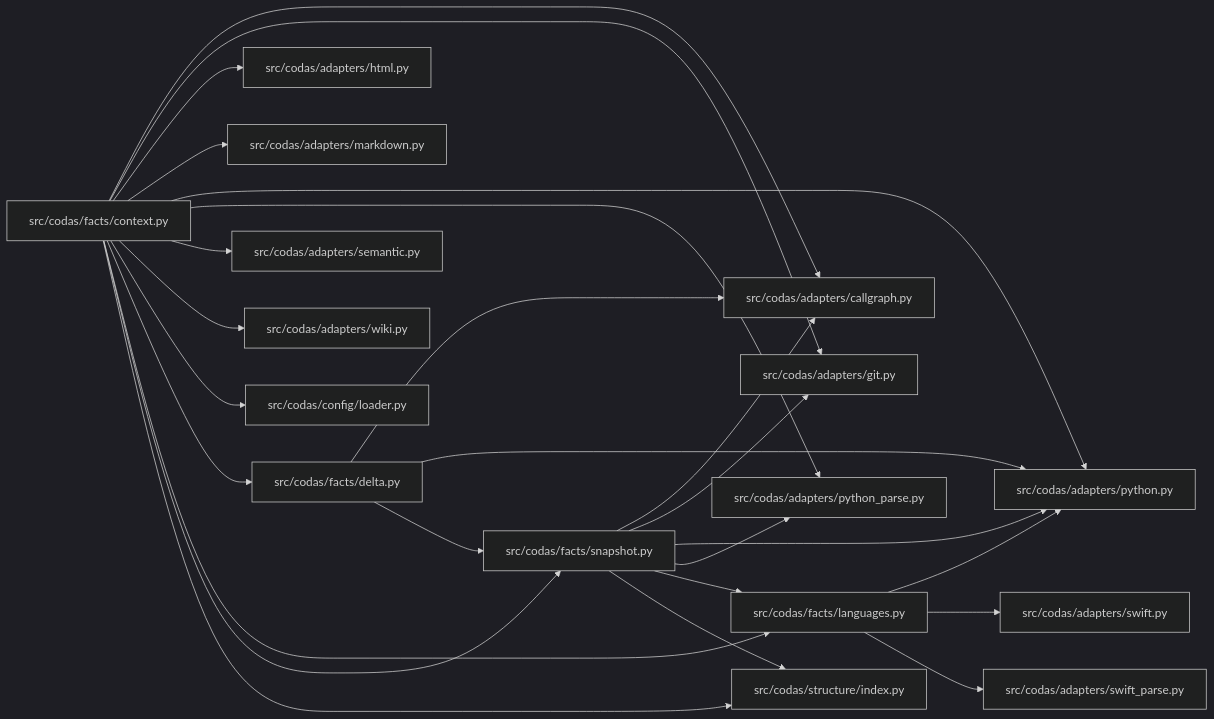
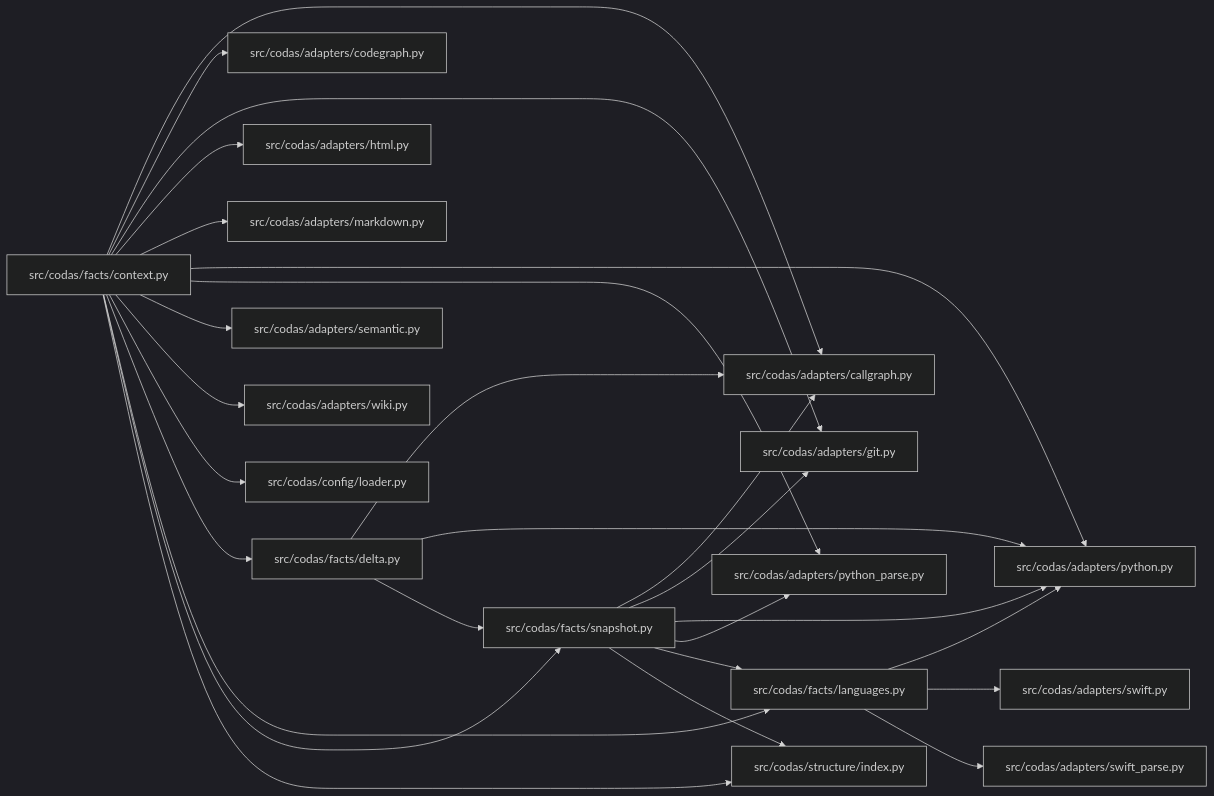
One commit to oydodo/codas changed the diagram in wiki/codas-facts.md. Above: the diagram before and after it, drawn with Mermaid (dark theme). The commit also changed other lines of this file and 15 other files, not shown here.

````diff
--- a/wiki/codas-facts.md
+++ b/wiki/codas-facts.md
@@ -83,44 +84,46 @@
 ```mermaid
 graph LR
   n0["src/codas/adapters/callgraph.py"]
-  n1["src/codas/adapters/git.py"]
-  n2["src/codas/adapters/html.py"]
-  n3["src/codas/adapters/markdown.py"]
-  n4["src/codas/adapters/python.py"]
-  n5["src/codas/adapters/python_parse.py"]
-  n6["src/codas/adapters/semantic.py"]
-  n7["src/codas/adapters/swift.py"]
-  n8["src/codas/adapters/swift_parse.py"]
-  n9["src/codas/adapters/wiki.py"]
-  n10["src/codas/config/loader.py"]
-  n11["src/codas/facts/context.py"]
-  n12["src/codas/facts/delta.py"]
-  n13["src/codas/facts/languages.py"]
-  n14["src/codas/facts/snapshot.py"]
-  n15["src/codas/structure/index.py"]
-  n11 --> n0
-  n11 --> n1
-  n11 --> n2
-  n11 --> n3
-  n11 --> n4
-  n11 --> n5
-  n11 --> n6
-  n11 --> n9
-  n11 --> n10
-  n11 --> n12
-  n11 --> n13
-  n11 --> n14
-  n11 --> n15
+  n1["src/codas/adapters/codegraph.py"]
+  n2["src/codas/adapters/git.py"]
+  n3["src/codas/adapters/html.py"]
+  n4["src/codas/adapters/markdown.py"]
+  n5["src/codas/adapters/python.py"]
+  n6["src/codas/adapters/python_parse.py"]
+  n7["src/codas/adapters/semantic.py"]
+  n8["src/codas/adapters/swift.py"]
+  n9["src/codas/adapters/swift_parse.py"]
+  n10["src/codas/adapters/wiki.py"]
+  n11["src/codas/config/loader.py"]
+  n12["src/codas/facts/context.py"]
+  n13["src/codas/facts/delta.py"]
+  n14["src/codas/facts/languages.py"]
+  n15["src/codas/facts/snapshot.py"]
+  n16["src/codas/structure/index.py"]
   n12 --> n0
+  n12 --> n1
+  n12 --> n2
+  n12 --> n3
   n12 --> n4
+  n12 --> n5
+  n12 --> n6
+  n12 --> n7
+  n12 --> n10
+  n12 --> n11
+  n12 --> n13
   n12 --> n14
-  n13 --> n4
-  n13 --> n7
-  n13 --> n8
-  n14 --> n0
-  n14 --> n1
-  n14 --> n4
+  n12 --> n15
+  n12 --> n16
+  n13 --> n0
+  n13 --> n5
+  n13 --> n15
   n14 --> n5
-  n14 --> n13
-  n14 --> n15
+  n14 --> n8
+  n14 --> n9
+  n15 --> n0
+  n15 --> n2
+  n15 --> n5
+  n15 --> n6
+  n15 --> n14
+  n15 --> n16
 ```
````
